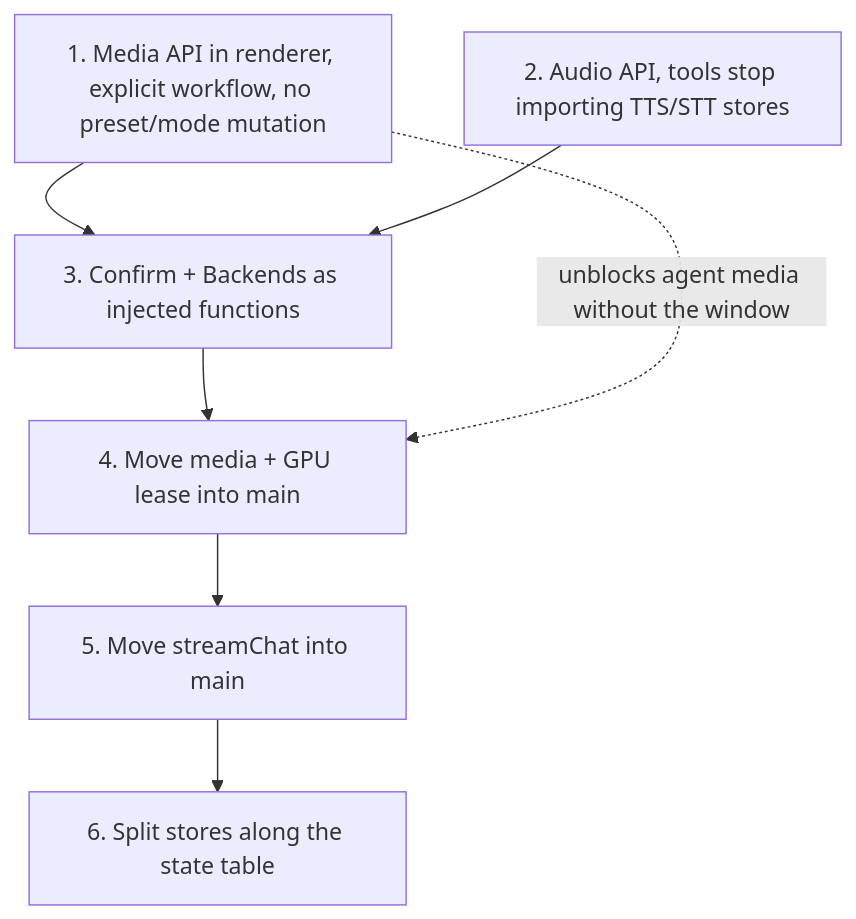
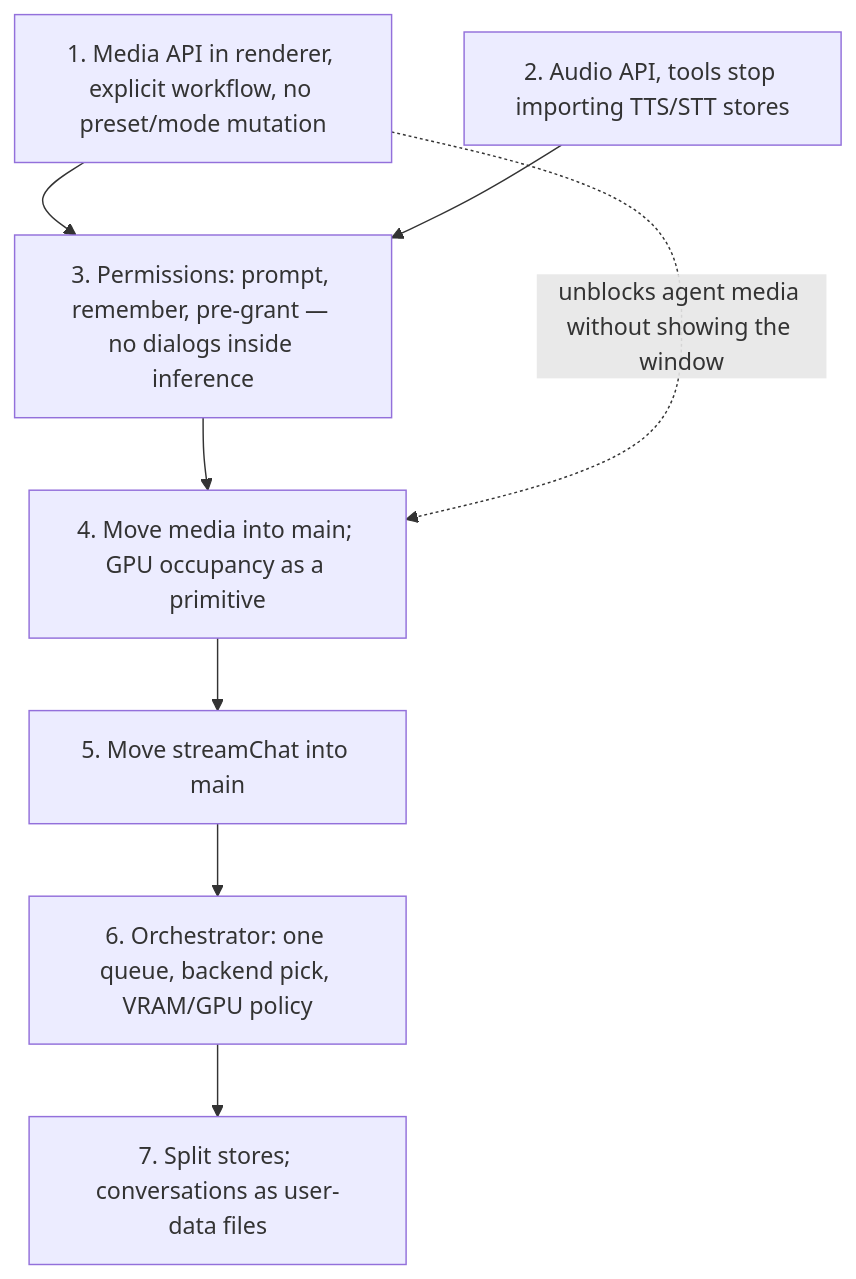
One commit to TNG/AI-Playground changed the sixth of 6 diagrams in docs/architecture-target.md. Above: the diagram before and after it, drawn with Mermaid. The commit also changed other lines of this file and 1 other file, not shown here.

First line of the commit message:
docs: record architecture decisions — files, consent, orchestrator

````diff
--- a/docs/architecture-target.md
+++ b/docs/architecture-target.md
@@ -373,16 +521,18 @@
 ```mermaid
 flowchart TD
   s1["1. Media API in renderer, explicit workflow, no preset/mode mutation"]
   s2["2. Audio API, tools stop importing TTS/STT stores"]
-  s3["3. Confirm + Backends as injected functions"]
-  s4["4. Move media + GPU lease into main"]
+  s3["3. Permissions: prompt, remember, pre-grant — no dialogs inside inference"]
+  s4["4. Move media into main; GPU occupancy as a primitive"]
   s5["5. Move streamChat into main"]
-  s6["6. Split stores along the state table"]
+  s6["6. Orchestrator: one queue, backend pick, VRAM/GPU policy"]
+  s7["7. Split stores; conversations as user-data files"]
 
   s1 --> s3
   s2 --> s3
   s3 --> s4
   s4 --> s5
   s5 --> s6
-  s1 -.->|"unblocks agent media without the window"| s4
+  s6 --> s7
+  s1 -.->|"unblocks agent media without showing the window"| s4
 ```
````
